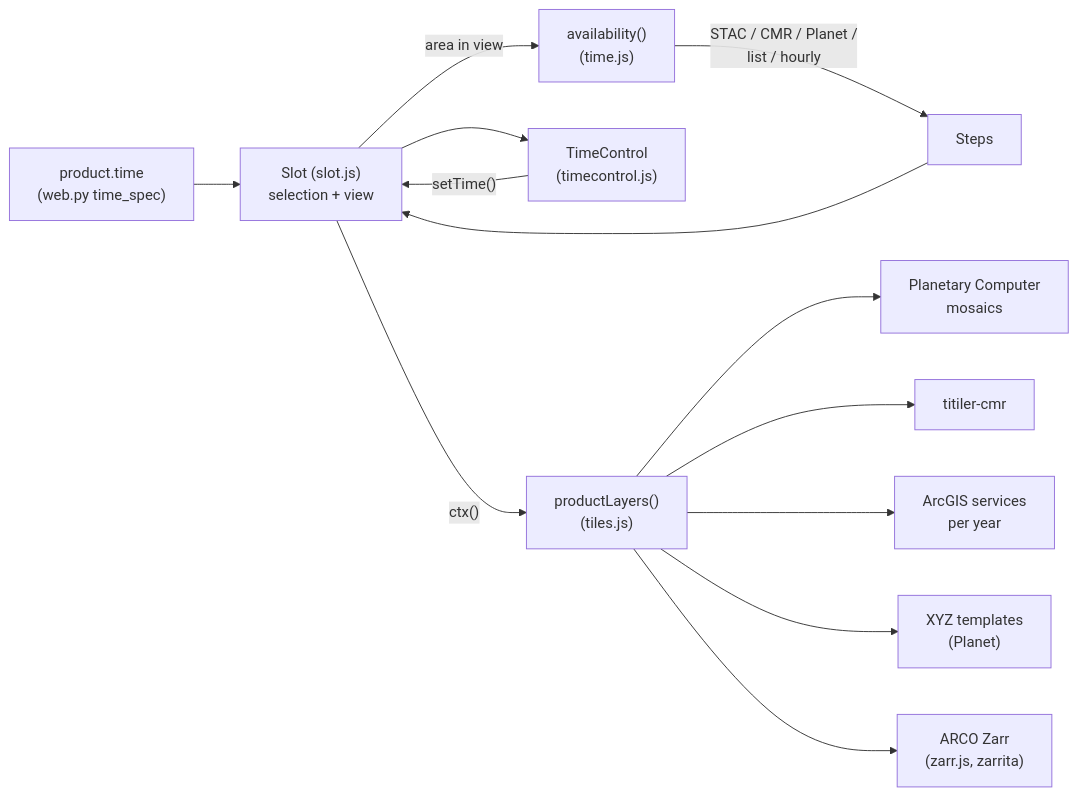
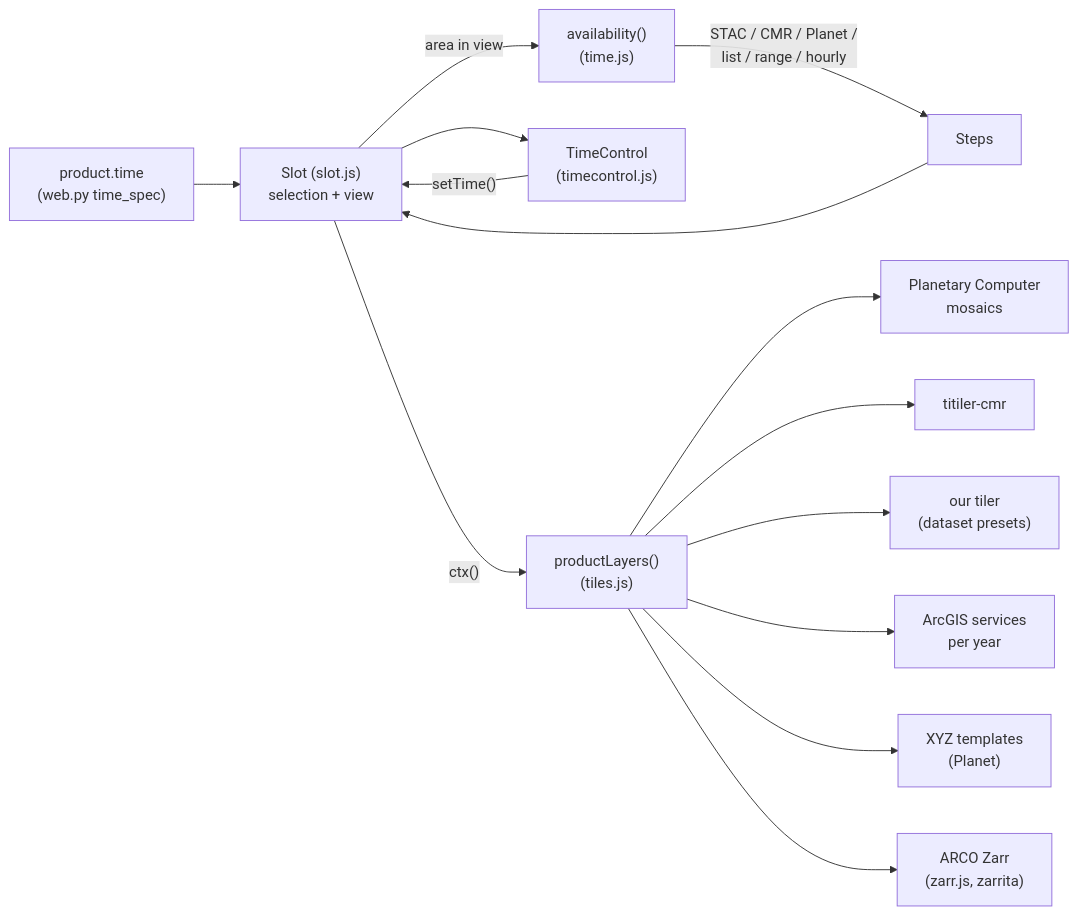
One commit to YCGS-lab/multi-resolution-new-haven changed the diagram in docs/website/time.md. Above: the diagram before and after it, drawn with Mermaid. The commit also changed other lines of this file and 25 other files, not shown here.

````diff
--- a/docs/website/time.md
+++ b/docs/website/time.md
@@ -9,15 +9,16 @@
 ```mermaid
 flowchart LR
   Spec["product.time<br/>(web.py time_spec)"] --> Slot["Slot (slot.js)<br/>selection + view"]
   Slot -->|"area in view"| Avail["availability()<br/>(time.js)"]
-  Avail -->|"STAC / CMR / Planet /<br/>list / hourly"| Steps["Steps"]
+  Avail -->|"STAC / CMR / Planet /<br/>list / range / hourly"| Steps["Steps"]
   Steps --> Slot
   Slot --> TC["TimeControl<br/>(timecontrol.js)"]
   TC -->|"setTime()"| Slot
   Slot -->|"ctx()"| Tiles["productLayers()<br/>(tiles.js)"]
   Tiles --> PC["Planetary Computer<br/>mosaics"]
   Tiles --> CMR["titiler-cmr"]
+  Tiles --> TL["our tiler<br/>(dataset presets)"]
   Tiles --> AG["ArcGIS services<br/>per year"]
   Tiles --> XYZ["XYZ templates<br/>(Planet)"]
   Tiles --> ZARR["ARCO Zarr<br/>(zarr.js, zarrita)"]
 ```
````
